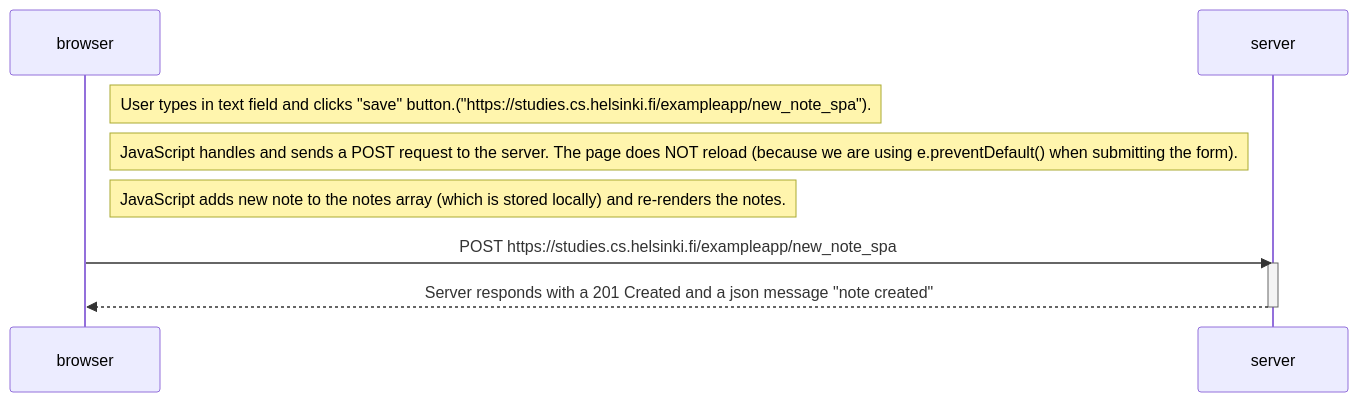
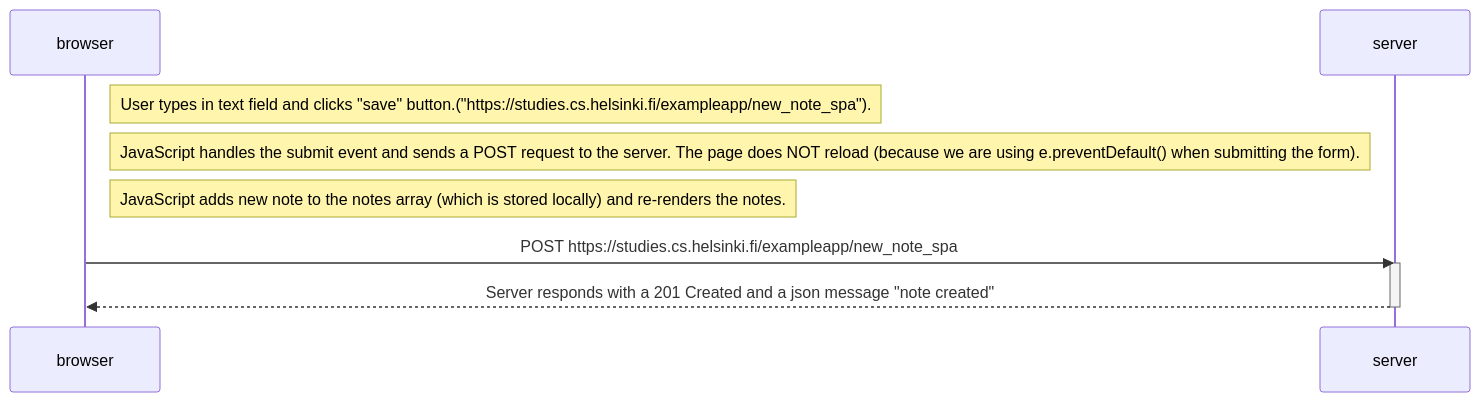
One commit to roseniv18/fullstackopen changed the diagram in part0/0.6 New note in SPA diagram/mermaid-diagram.md. Above: the diagram before and after it, drawn with Mermaid.

Commit message:
clarification

````diff
--- a/part0/0.6 New note in SPA diagram/mermaid-diagram.md
+++ b/part0/0.6 New note in SPA diagram/mermaid-diagram.md
@@ -1,17 +1,17 @@
 ```mermaid
 sequenceDiagram
 participant browser
 participant server
 
     Note right of browser: User types in text field and clicks "save" button.("https://studies.cs.helsinki.fi/exampleapp/new_note_spa").
 
-	Note right of browser: JavaScript handles and sends a POST request to the server. The page does NOT reload (because we are using e.preventDefault() when submitting the form).
+	Note right of browser: JavaScript handles the submit event and sends a POST request to the server. The page does NOT reload (because we are using e.preventDefault() when submitting the form).
 
 	Note right of browser: JavaScript adds new note to the notes array (which is stored locally) and re-renders the notes.
 
     browser->>server: POST https://studies.cs.helsinki.fi/exampleapp/new_note_spa
     activate server
     server-->>browser: Server responds with a 201 Created and a json message "note created"
     deactivate server
 
 ```
````
